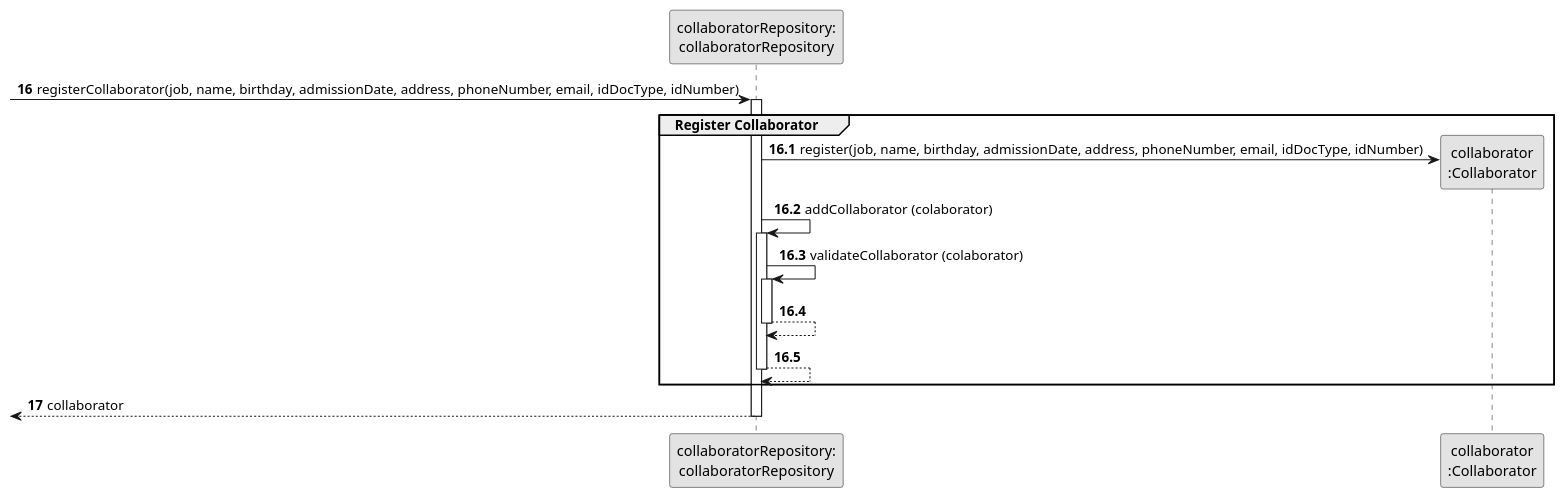
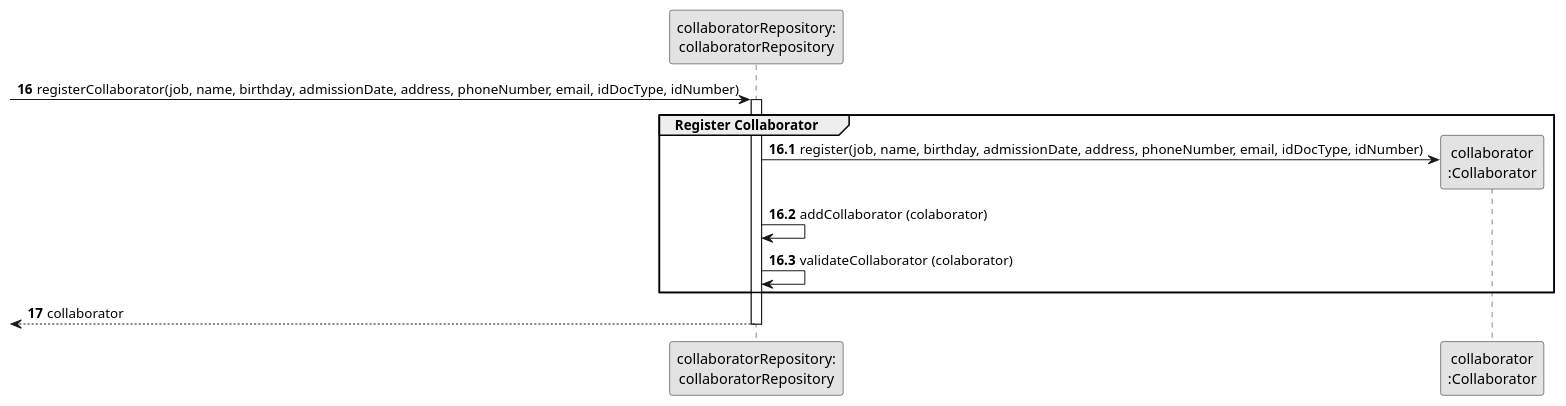
One commit to daniel41silva05/ISEP_2023_2024_LAPR2 changed the diagram in docs/sprintA&B/us003/03.design/puml/us003-sequence-diagram-partial-register-collaborator.puml. Above: the diagram before and after it, drawn with PlantUML. The commit also changed 22 other files, not shown here.

```diff
--- a/docs/sprintA&B/us003/03.design/puml/us003-sequence-diagram-partial-register-collaborator.puml
+++ b/docs/sprintA&B/us003/03.design/puml/us003-sequence-diagram-partial-register-collaborator.puml
@@ -1,38 +1,29 @@
 @startuml
 skinparam monochrome true
 skinparam packageStyle rectangle
 skinparam shadowing false
 
 participant "collaboratorRepository:\ncollaboratorRepository" as collaboratorRepository
 participant "collaborator\n:Collaborator" as COLLABORATOR
 
 autonumber 16
 -> collaboratorRepository : registerCollaborator(job, name, birthday, admissionDate, address, phoneNumber, email, idDocType, idNumber)
 
 autonumber 16.1
 
 activate collaboratorRepository
     group Register Collaborator
 
                 collaboratorRepository -> COLLABORATOR** : register(job, name, birthday, admissionDate, address, phoneNumber, email, idDocType, idNumber)
 
                 collaboratorRepository -> collaboratorRepository: addCollaborator (colaborator)
-                activate collaboratorRepository
 
                 collaboratorRepository -> collaboratorRepository: validateCollaborator (colaborator)
-                activate collaboratorRepository
-
-                collaboratorRepository --> collaboratorRepository
-                deactivate collaboratorRepository
-
-                collaboratorRepository --> collaboratorRepository
-                deactivate collaboratorRepository
-
     end group
 
     autonumber 17
     <-- collaboratorRepository : collaborator
 deactivate collaboratorRepository
 
 
 @enduml
```
